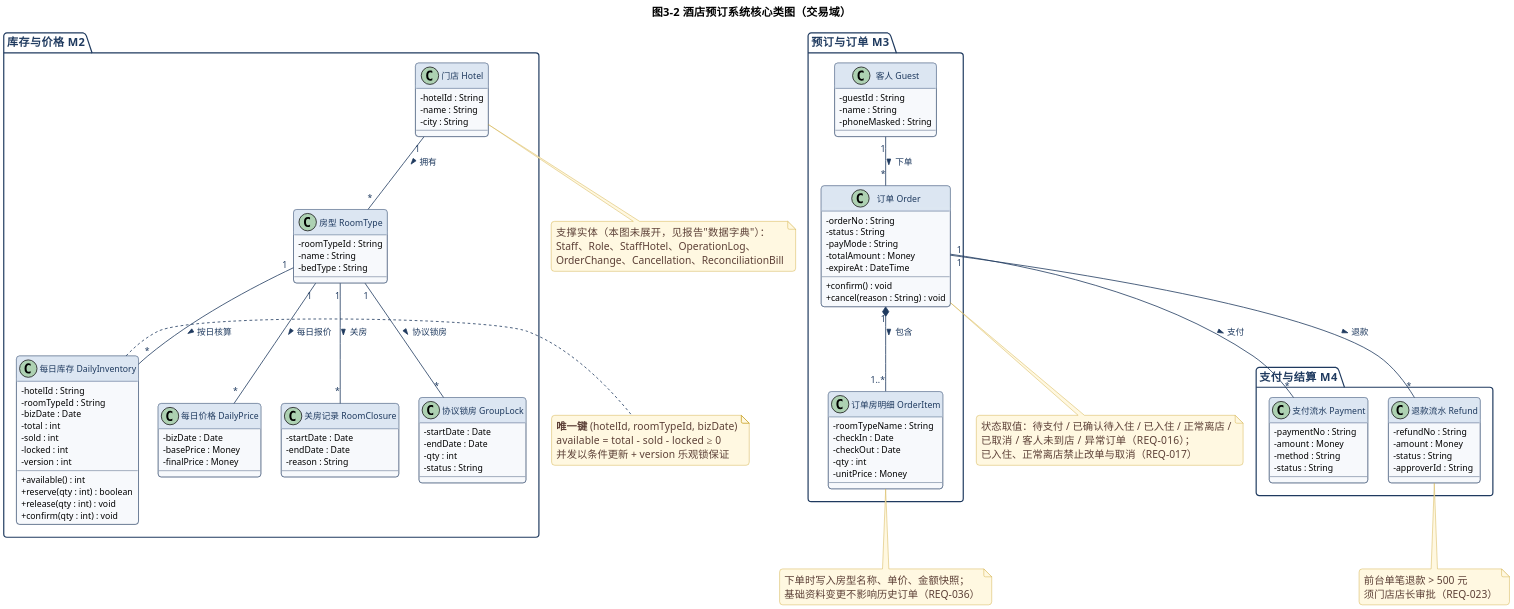
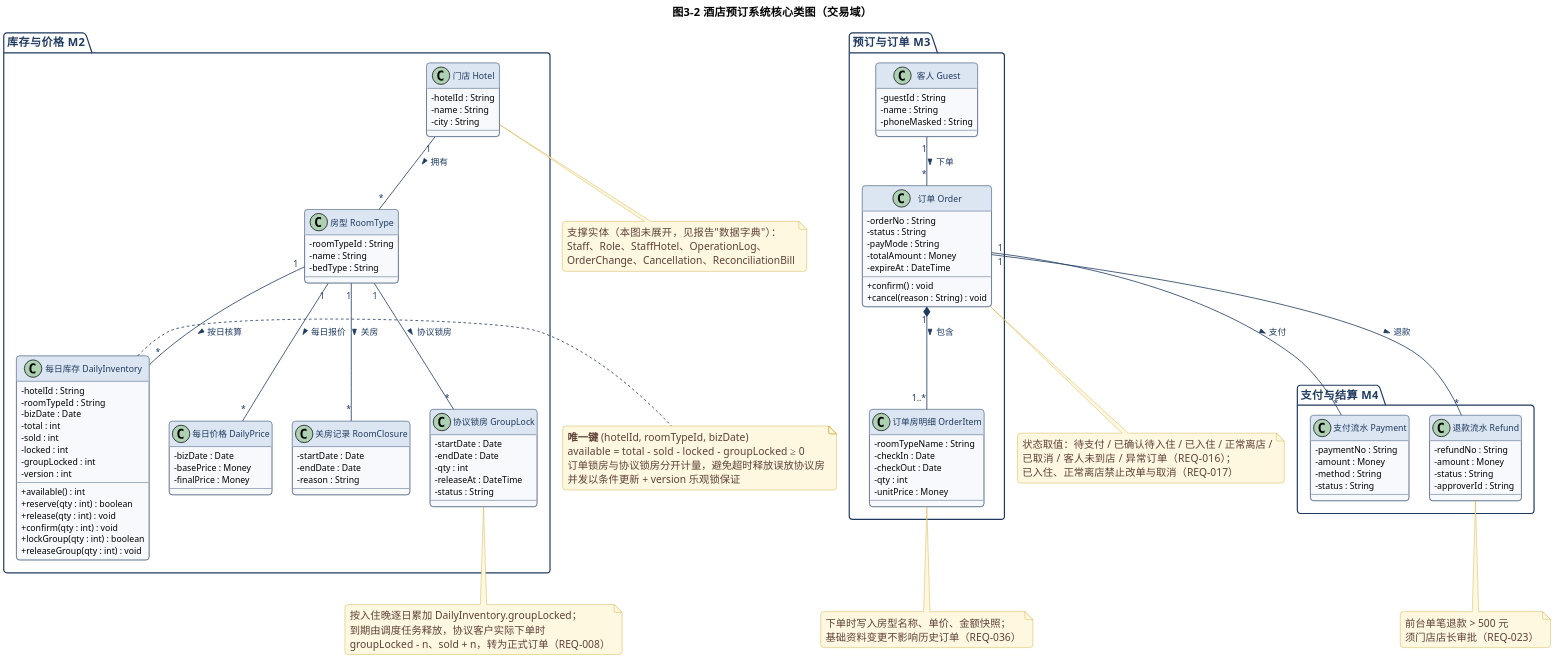
The diagram in lab2/UML/UML类图.puml (Ash-Klein/hotel-booking-system), drawn with PlantUML before and after one commit. The commit also changed 12 other files, not shown here.

First line of the commit message:
fix(lab2): 统一协议锁房在各图中的口径（REQ-008）

```diff
--- a/lab2/UML/UML类图.puml
+++ b/lab2/UML/UML类图.puml
@@ -1,147 +1,158 @@
 @startuml UML类图
 skinparam defaultFontName "Microsoft YaHei"
 skinparam dpi 200
 skinparam shadowing false
 skinparam backgroundColor #FFFFFF
 skinparam roundCorner 8
 skinparam ArrowColor #1F3A5F
 skinparam ArrowFontColor #1F3A5F
 skinparam ArrowFontSize 11
 skinparam classBorderColor #1F3A5F
 skinparam classBackgroundColor #F7F9FC
 skinparam classHeaderBackgroundColor #DCE6F2
 skinparam classFontColor #1F3A5F
 skinparam classFontSize 13
 skinparam classAttributeFontSize 11
 skinparam classAttributeIconSize 0
 skinparam packageBorderColor #1F3A5F
 skinparam packageBackgroundColor #FFFFFF
 skinparam packageFontColor #1F3A5F
 skinparam noteBackgroundColor #FFF8E1
 skinparam noteBorderColor #C9A227
 skinparam noteFontColor #5D4037
 skinparam nodesep 25
 skinparam ranksep 45
 title 图3-2  酒店预订系统核心类图（交易域）
 
 package "库存与价格  M2" {
   class "门店 Hotel" as Hotel {
     - hotelId : String
     - name : String
     - city : String
   }
   class "房型 RoomType" as RoomType {
     - roomTypeId : String
     - name : String
     - bedType : String
   }
   class "每日库存 DailyInventory" as DailyInventory {
     - hotelId : String
     - roomTypeId : String
     - bizDate : Date
     - total : int
     - sold : int
     - locked : int
+    - groupLocked : int
     - version : int
     + available() : int
     + reserve(qty : int) : boolean
     + release(qty : int) : void
     + confirm(qty : int) : void
+    + lockGroup(qty : int) : boolean
+    + releaseGroup(qty : int) : void
   }
   class "每日价格 DailyPrice" as DailyPrice {
     - bizDate : Date
     - basePrice : Money
     - finalPrice : Money
   }
   class "关房记录 RoomClosure" as RoomClosure {
     - startDate : Date
     - endDate : Date
     - reason : String
   }
   class "协议锁房 GroupLock" as GroupLock {
     - startDate : Date
     - endDate : Date
     - qty : int
+    - releaseAt : DateTime
     - status : String
   }
 }
 
 package "预订与订单  M3" {
   class "客人 Guest" as Guest {
     - guestId : String
     - name : String
     - phoneMasked : String
   }
   class "订单 Order" as Order {
     - orderNo : String
     - status : String
     - payMode : String
     - totalAmount : Money
     - expireAt : DateTime
     + confirm() : void
     + cancel(reason : String) : void
   }
   class "订单房明细 OrderItem" as OrderItem {
     - roomTypeName : String
     - checkIn : Date
     - checkOut : Date
     - qty : int
     - unitPrice : Money
   }
 }
 
 package "支付与结算  M4" {
   class "支付流水 Payment" as Payment {
     - paymentNo : String
     - amount : Money
     - method : String
     - status : String
   }
   class "退款流水 Refund" as Refund {
     - refundNo : String
     - amount : Money
     - status : String
     - approverId : String
   }
 }
 
 Hotel "1" -- "*" RoomType : 拥有 >
 RoomType "1" -- "*" DailyInventory : 按日核算 >
 RoomType "1" -- "*" DailyPrice : 每日报价 >
 RoomType "1" -- "*" RoomClosure : 关房 >
 RoomType "1" -- "*" GroupLock : 协议锁房 >
 
 Guest "1" -- "*" Order : 下单 >
 Order "1" *-- "1..*" OrderItem : 包含 >
 Order "1" -- "*" Payment : 支付 >
 Order "1" -- "*" Refund : 退款 >
 
 note bottom of Hotel
   支撑实体（本图未展开，见报告"数据字典"）：
   Staff、Role、StaffHotel、OperationLog、
   OrderChange、Cancellation、ReconciliationBill
 end note
 
 note right of DailyInventory
   <b>唯一键</b> (hotelId, roomTypeId, bizDate)
-  available = total - sold - locked ≥ 0
+  available = total - sold - locked - groupLocked ≥ 0
+  订单锁房与协议锁房分开计量，避免超时释放误放协议房
   并发以条件更新 + version 乐观锁保证
+end note
+
+note bottom of GroupLock
+  按入住晚逐日累加 DailyInventory.groupLocked；
+  到期由调度任务释放，协议客户实际下单时
+  groupLocked - n、sold + n，转为正式订单（REQ-008）
 end note
 
 note bottom of OrderItem
   下单时写入房型名称、单价、金额快照；
   基础资料变更不影响历史订单（REQ-036）
 end note
 
 note bottom of Order
   状态取值：待支付 / 已确认待入住 / 已入住 / 正常离店 /
   已取消 / 客人未到店 / 异常订单（REQ-016）；
   已入住、正常离店禁止改单与取消（REQ-017）
 end note
 
 note bottom of Refund
   前台单笔退款 > 500 元
   须门店店长审批（REQ-023）
 end note
 
 @enduml
```
